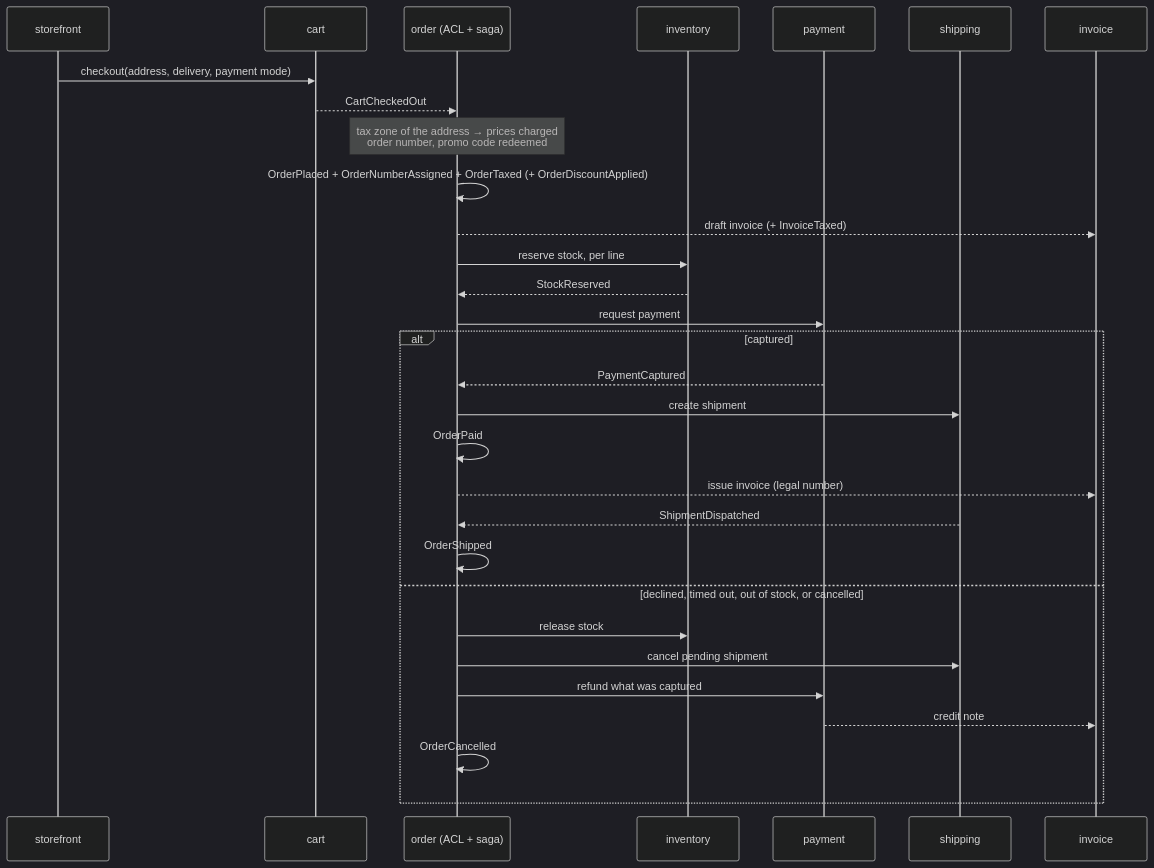
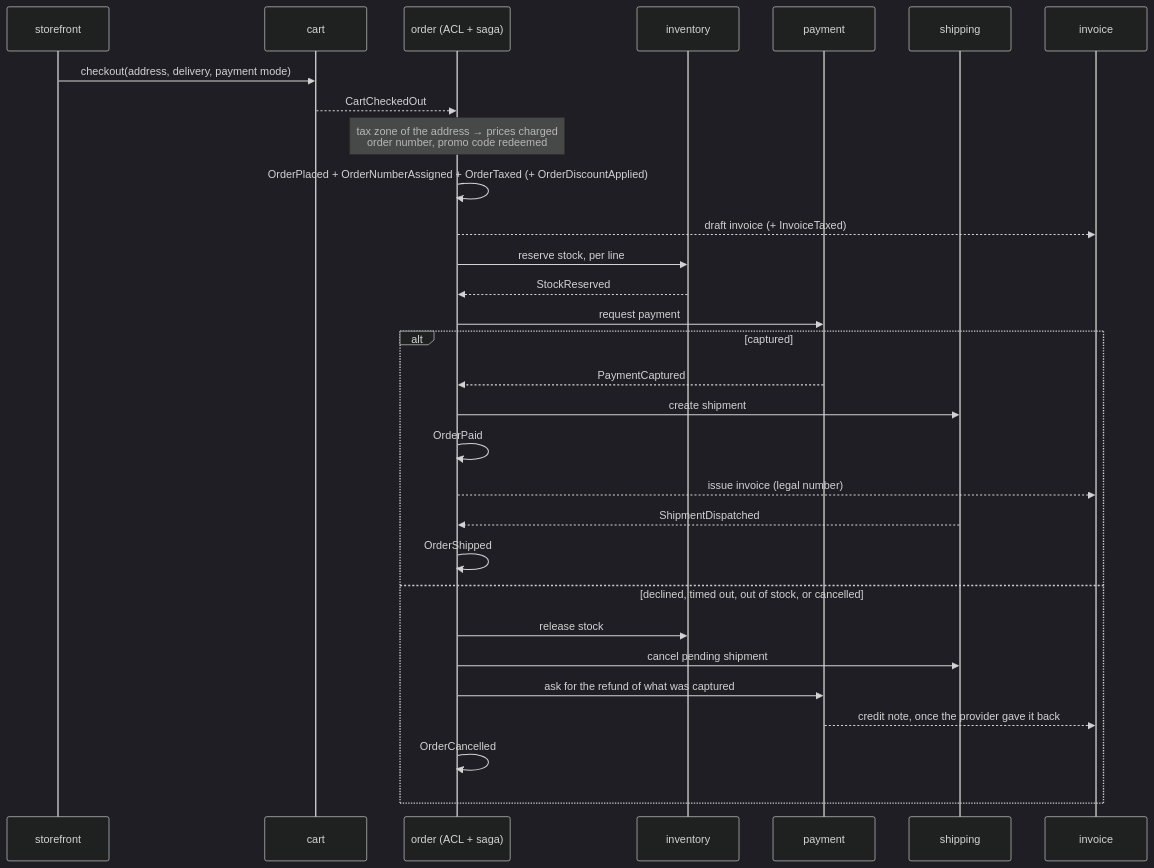
Before and after one commit to timayz/timada: the second of 2 diagrams in docs/architecture.md, drawn with Mermaid (dark theme). The commit also changed other lines of this file and 36 other files, not shown here.

````diff
--- a/docs/architecture.md
+++ b/docs/architecture.md
@@ -61,32 +61,32 @@
 ```mermaid
 sequenceDiagram
     participant S as storefront
     participant C as cart
     participant O as order (ACL + saga)
     participant I as inventory
     participant P as payment
     participant H as shipping
     participant V as invoice
     S->>C: checkout(address, delivery, payment mode)
     C-->>O: CartCheckedOut
     Note over O: tax zone of the address → prices charged<br/>order number, promo code redeemed
     O->>O: OrderPlaced + OrderNumberAssigned + OrderTaxed (+ OrderDiscountApplied)
     O-->>V: draft invoice (+ InvoiceTaxed)
     O->>I: reserve stock, per line
     I-->>O: StockReserved
     O->>P: request payment
     alt captured
         P-->>O: PaymentCaptured
         O->>H: create shipment
         O->>O: OrderPaid
         O-->>V: issue invoice (legal number)
         H-->>O: ShipmentDispatched
         O->>O: OrderShipped
     else declined, timed out, out of stock, or cancelled
         O->>I: release stock
         O->>H: cancel pending shipment
-        O->>P: refund what was captured
-        P-->>V: credit note
+        O->>P: ask for the refund of what was captured
+        P-->>V: credit note, once the provider gave it back
         O->>O: OrderCancelled
     end
 ```
````
